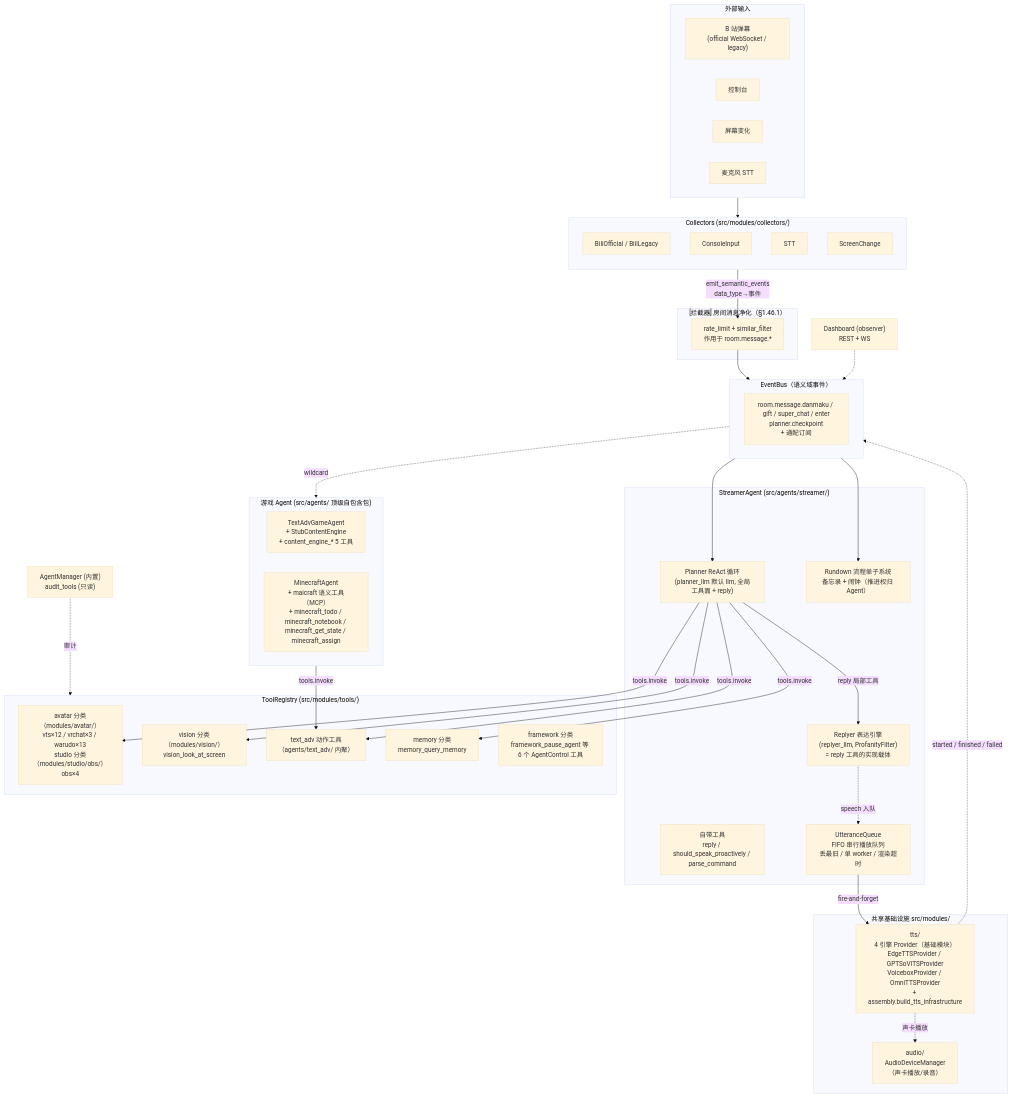
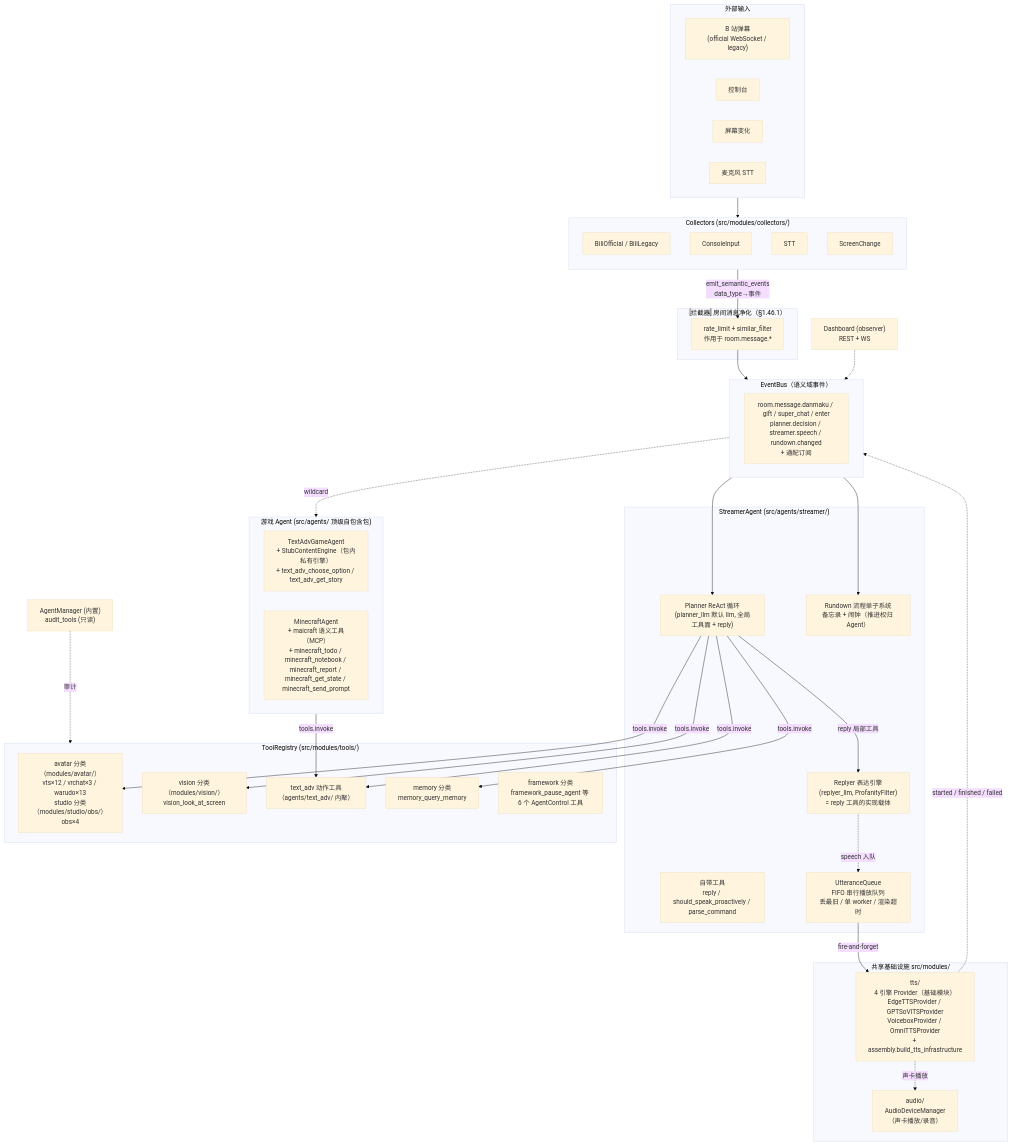
One commit to Mai-with-u/Amaidesu changed the first of 3 diagrams in docs/architecture/overview.md. Above: the diagram before and after it, drawn with Mermaid (base theme). The commit also changed other lines of this file and 82 other files, not shown here.

````diff
--- a/docs/architecture/overview.md
+++ b/docs/architecture/overview.md
@@ -10,70 +10,70 @@
 ```mermaid
 flowchart TB
     subgraph Ext["外部输入"]
         Bili["B 站弹幕<br/>(official WebSocket / legacy)"]
         Cons["控制台"]
         Screen["屏幕变化"]
         Mic["麦克风 STT"]
     end
 
     subgraph Collectors["Collectors (src/modules/collectors/)"]
         direction TB
         CBili["BiliOfficial / BiliLegacy"]
         CCons["ConsoleInput"]
         CMic["STT"]
         CScreen["ScreenChange"]
     end
 
     subgraph Interceptors["[拦截器] 房间消息净化（§1.46.1）"]
         INT["rate_limit + similar_filter<br/>作用于 room.message.*"]
     end
 
     subgraph Bus["EventBus（语义域事件）"]
-        EB["room.message.danmaku / gift / super_chat / enter<br/>planner.checkpoint<br/>+ 通配订阅"]
+        EB["room.message.danmaku / gift / super_chat / enter<br/>planner.decision / streamer.speech / rundown.changed<br/>+ 通配订阅"]
     end
 
     subgraph Streamer["StreamerAgent (src/agents/streamer/)"]
         Planner["Planner ReAct 循环<br/>(planner_llm 默认 llm, 全局工具面 + reply)"]
         Reply["Replyer 表达引擎<br/>(replyer_llm, ProfanityFilter)<br/>= reply 工具的实现载体"]
         Rundown["Rundown 流程单子系统<br/>备忘录 + 闹钟（推进权归 Agent）"]
         Tools["自带工具<br/>reply / should_speak_proactively / parse_command"]
         UQ["UtteranceQueue<br/>FIFO 串行播放队列<br/>丢最旧 / 单 worker / 渲染超时"]
     end
 
     subgraph Game["游戏 Agent (src/agents/ 顶级自包含包)"]
-        TextAdv["TextAdvGameAgent<br/>+ StubContentEngine<br/>+ content_engine_* 5 工具"]
-        MC["MinecraftAgent<br/>+ maicraft 语义工具（MCP）<br/>+ minecraft_todo / minecraft_notebook / minecraft_get_state / minecraft_assign"]
+        TextAdv["TextAdvGameAgent<br/>+ StubContentEngine（包内私有引擎）<br/>+ text_adv_choose_option / text_adv_get_story"]
+        MC["MinecraftAgent<br/>+ maicraft 语义工具（MCP）<br/>+ minecraft_todo / minecraft_notebook / minecraft_report / minecraft_get_state / minecraft_send_prompt"]
     end
 
     subgraph Registry["ToolRegistry (src/modules/tools/)"]
         Out["avatar 分类（modules/avatar/）<br/>vts×12 / vrchat×3 / warudo×13<br/>studio 分类（modules/studio/obs/）obs×4"]
         Per["vision 分类（modules/vision/）<br/>vision_look_at_screen"]
         CE["text_adv 动作工具<br/>（agents/text_adv/ 内聚）"]
         Mem["memory 分类<br/>memory_query_memory"]
         Ctrl["framework 分类<br/>framework_pause_agent 等 6 个 AgentControl 工具"]
     end
 
     subgraph InFra["共享基础设施 src/modules/"]
         TTS["tts/<br/>4 引擎 Provider（基础模块）<br/>EdgeTTSProvider / GPTSoVITSProvider<br/>VoiceboxProvider / OmniTTSProvider<br/>+ assembly.build_tts_infrastructure"]
         Audio["audio/<br/>AudioDeviceManager<br/>（声卡播放/录音）"]
     end
 
     Ext --> Collectors
     Collectors -->|"emit_semantic_events<br/>data_type→事件"| INT
     INT --> Bus
     Bus --> Planner
     Bus --> Rundown
     Planner -->|reply 局部工具| Reply
     Planner -->|tools.invoke| Out
     Planner -->|tools.invoke| CE
     Planner -->|tools.invoke| Per
     Planner -->|tools.invoke| Mem
     Bus -.->|wildcard| Game
     Game -->|tools.invoke| CE
     Reply -.->|speech 入队| UQ
     UQ -->|fire-and-forget| TTS
     TTS -.->|started / finished / failed| Bus
     TTS -.->|声卡播放| Audio
     Manager["AgentManager (内置)<br/>audit_tools (只读)"] -.->|审计| Registry
     Dashboard["Dashboard (observer)<br/>REST + WS"] -.-> Bus
 ```
````
